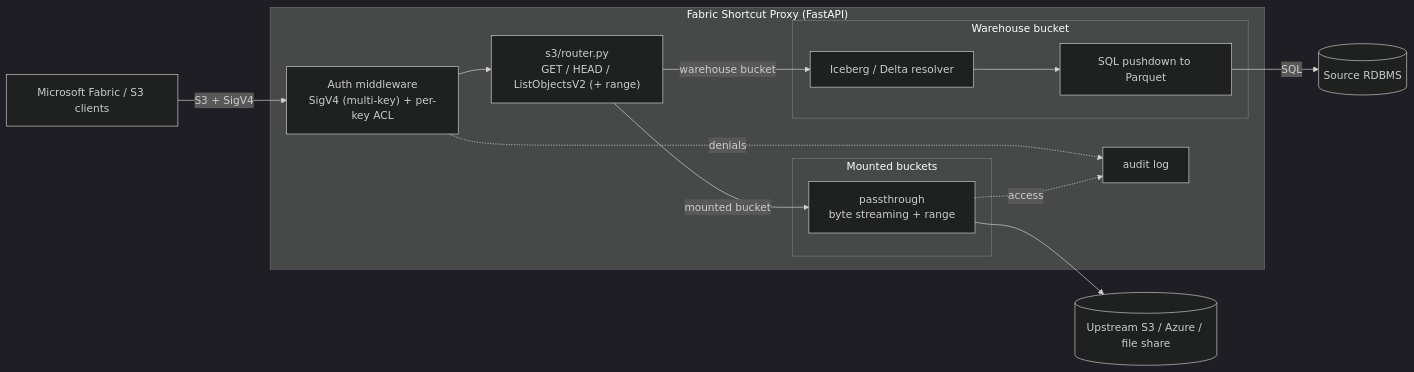
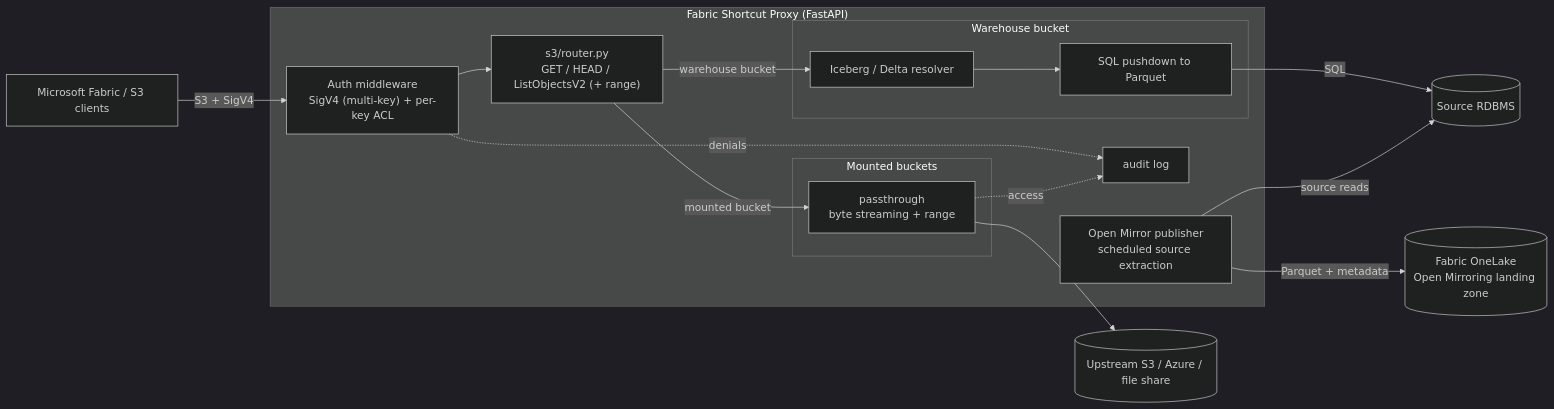
Before and after one commit to Andreas-bersgtedt/Fabric-Shortcut-Proxy: the first of 4 diagrams in docs/manual/03-architecture.md, drawn with Mermaid (dark theme). The commit also changed other lines of this file and 2 other files, not shown here.

Commit message:
docs: document Open Mirroring architecture

````diff
--- a/docs/manual/03-architecture.md
+++ b/docs/manual/03-architecture.md
@@ -11,26 +11,30 @@
 ```mermaid
 flowchart LR
   Fabric[Microsoft Fabric / S3 clients]
 
   subgraph Proxy["Fabric Shortcut Proxy (FastAPI)"]
     AUTH["Auth middleware<br/>SigV4 (multi-key) + per-key ACL"]
     RT["s3/router.py<br/>GET / HEAD / ListObjectsV2 (+ range)"]
     subgraph WH["Warehouse bucket"]
       RES["Iceberg / Delta resolver"]
       GEN["SQL pushdown to Parquet"]
     end
     subgraph MNT["Mounted buckets"]
       PT["passthrough<br/>byte streaming + range"]
     end
     AUD["audit log"]
+    OM["Open Mirror publisher<br/>scheduled source extraction"]
   end
 
   SRC[(Source RDBMS)]
   UP[(Upstream S3 / Azure / file share)]
+  LZ[(Fabric OneLake<br/>Open Mirroring landing zone)]
 
   Fabric -->|S3 + SigV4| AUTH --> RT
   RT -->|warehouse bucket| RES --> GEN -->|SQL| SRC
   RT -->|mounted bucket| PT --> UP
+  OM -->|Parquet + metadata| LZ
+  OM -->|source reads| SRC
   AUTH -. denials .-> AUD
   PT -. access .-> AUD
 ```
````
